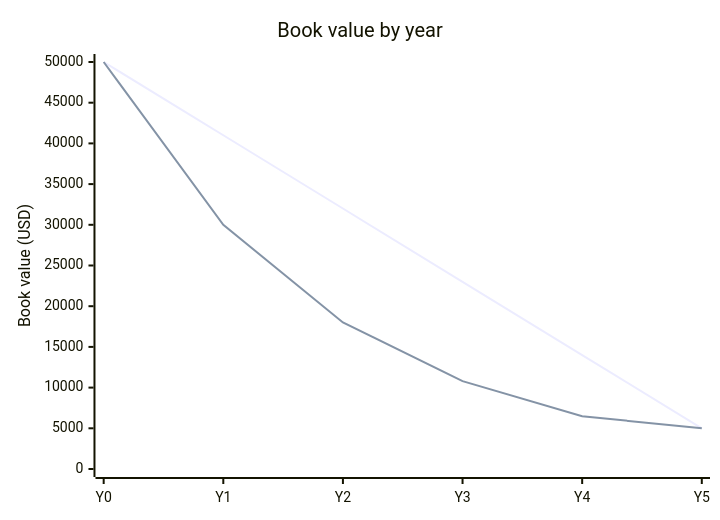
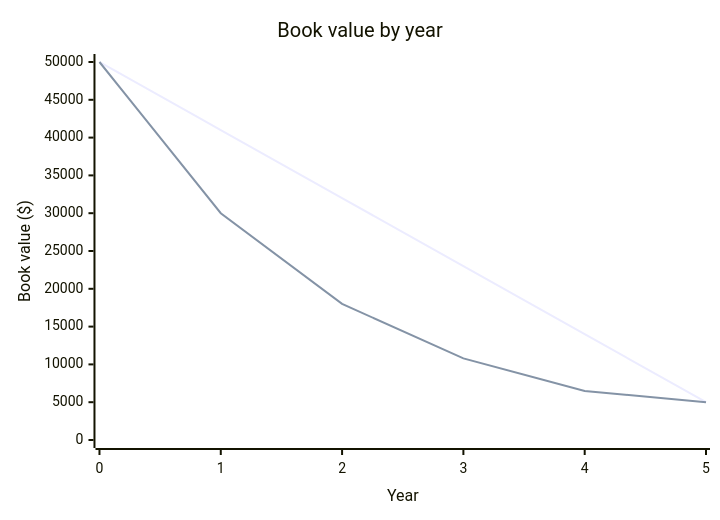
The diagram in eval/figure/generated/haiku/a-depreciation.md (vrevolverrr/vicher), drawn with Mermaid before and after one commit. The commit also changed other lines of this file and 243 other files, not shown here.

First line of the commit message:
feat(figure): replace tags with groups and states (#13)

````diff
--- a/eval/figure/generated/haiku/a-depreciation.md
+++ b/eval/figure/generated/haiku/a-depreciation.md
@@ -17,8 +36,8 @@
 ```mermaid
 xychart-beta
     title "Book value by year"
-    x-axis ["Y0", "Y1", "Y2", "Y3", "Y4", "Y5"]
-    y-axis "Book value (USD)" 0 --> 50000
-    line [50000, 41000, 32000, 23000, 14000, 5000]
-    line [50000, 30000, 18000, 10800, 6480, 5000]
+    x-axis "Year" [0, 1, 2, 3, 4, 5]
+    y-axis "Book value ($)" 0 --> 50000
+    line "Straight-line" [50000, 41000, 32000, 23000, 14000, 5000]
+    line "DDB" [50000, 30000, 18000, 10800, 6480, 5000]
 ```
````
